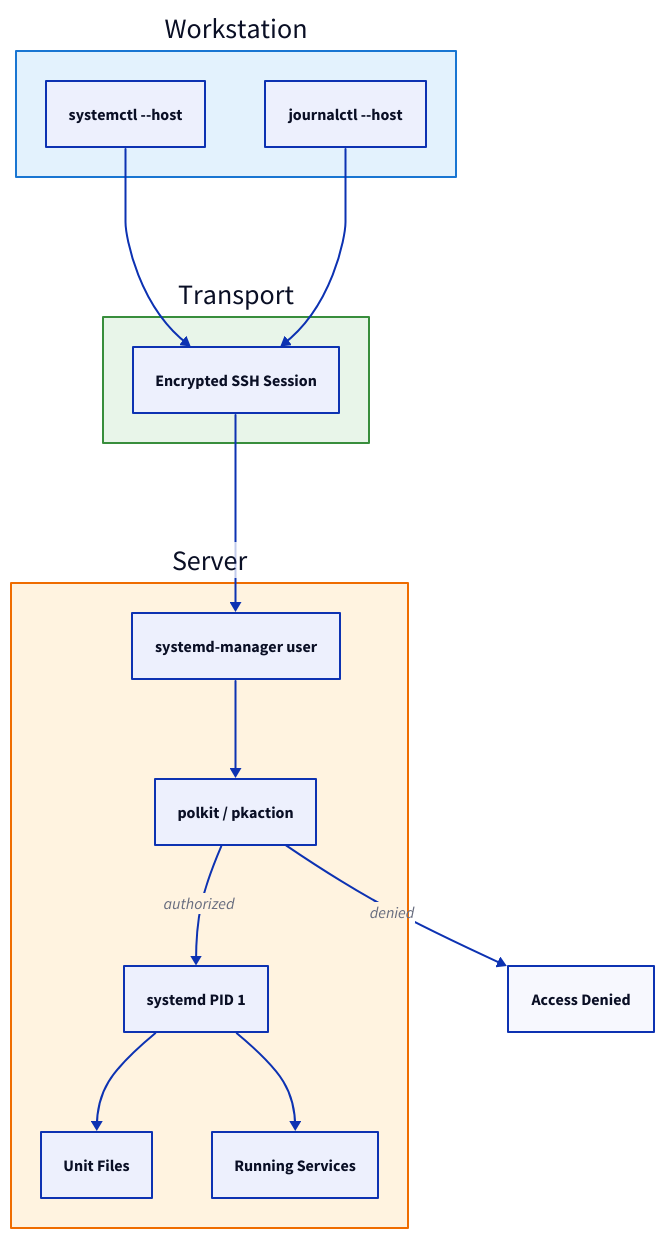
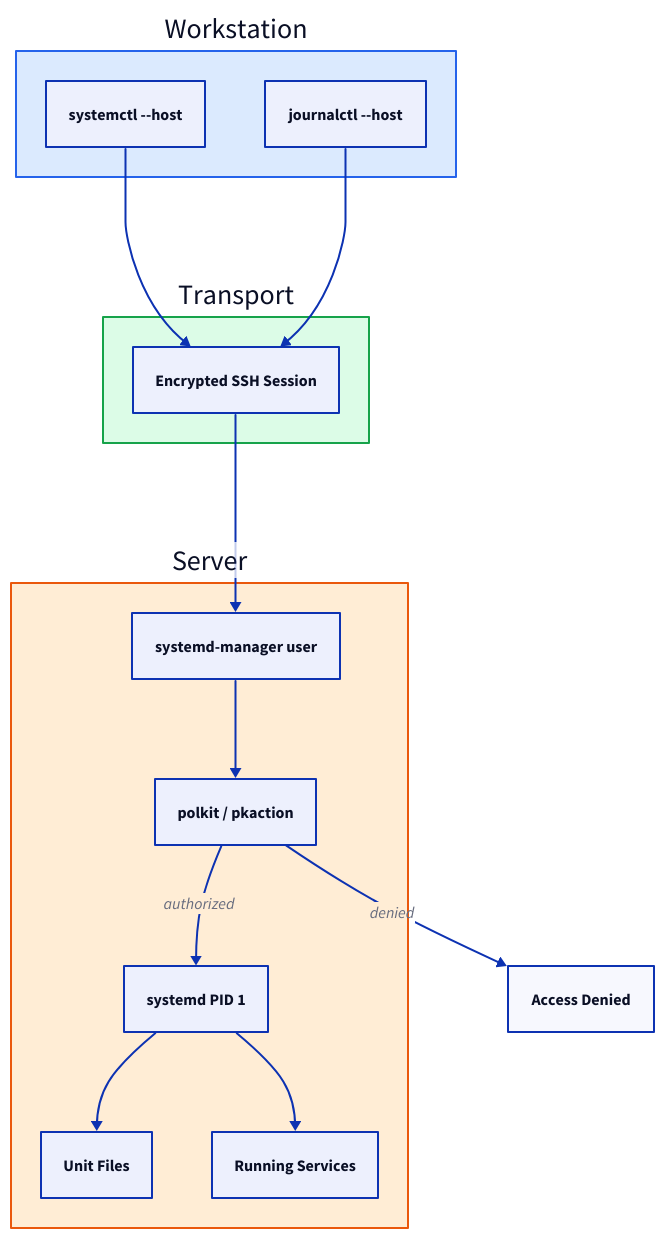
The diagram in docs/linux/remote-systemd-services.md (rebash-rebash/rebash-academy), drawn with D2 before and after one commit. The commit also changed 177 other files, not shown here.

First line of the commit message:
Ship Terraform track, diagram polish, and new brand favicon.

````diff
--- a/docs/linux/remote-systemd-services.md
+++ b/docs/linux/remote-systemd-services.md
@@ -49,39 +49,39 @@
 ```d2
 direction: down
 
 Admin: Workstation {
       style: {
-        fill: "#e3f2fd"
-        stroke: "#1976d2"
+        fill: "#dbeafe"
+        stroke: "#2563eb"
       }
         A: "systemctl --host"
         B: "journalctl --host"
     }
     SSH: Transport {
       style: {
-        fill: "#e8f5e9"
-        stroke: "#388e3c"
+        fill: "#dcfce7"
+        stroke: "#16a34a"
       }
         C: "Encrypted SSH Session"
     }
     Remote: Server {
       style: {
-        fill: "#fff3e0"
-        stroke: "#ef6c00"
+        fill: "#ffedd5"
+        stroke: "#ea580c"
       }
         D: "systemd-manager user"
         E: "polkit / pkaction"
         F: "systemd PID 1"
         G: "Unit Files"
         H: "Running Services"
     }
     Admin.A -> SSH.C
     Admin.B -> SSH.C
     SSH.C -> Remote.D
     Remote.D -> Remote.E
     Remote.E -> Remote.F: authorized
     I: "Access Denied"
     Remote.E -> I: denied
     Remote.F -> Remote.G
     Remote.F -> Remote.H
 ```
````
